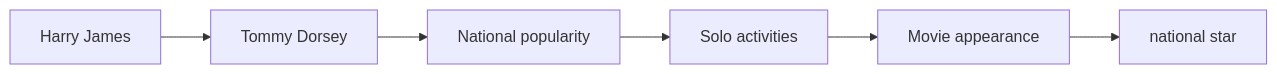
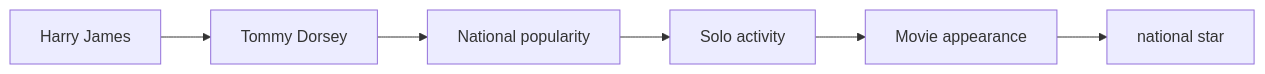
The second of 5 diagrams in en/_posts/2026-06-25-column-frank-sinatra.md (monumental-movement/monumental-movement.github.io), drawn with Mermaid before and after one commit. The commit also changed other lines of this file and 851 other files, not shown here.

```diff
--- a/en/_posts/2026-06-25-column-frank-sinatra.md
+++ b/en/_posts/2026-06-25-column-frank-sinatra.md
@@ -170,8 +170,8 @@
 <div class="mermaid">
 flowchart LR
 A[Harry James] --> B[Tommy Dorsey]
 B --> C[National popularity]
-C --> D[Solo activities]
+C --> D[Solo activity]
 D --> E[Movie appearance]
 E --> F[national star]
 </div>
```
